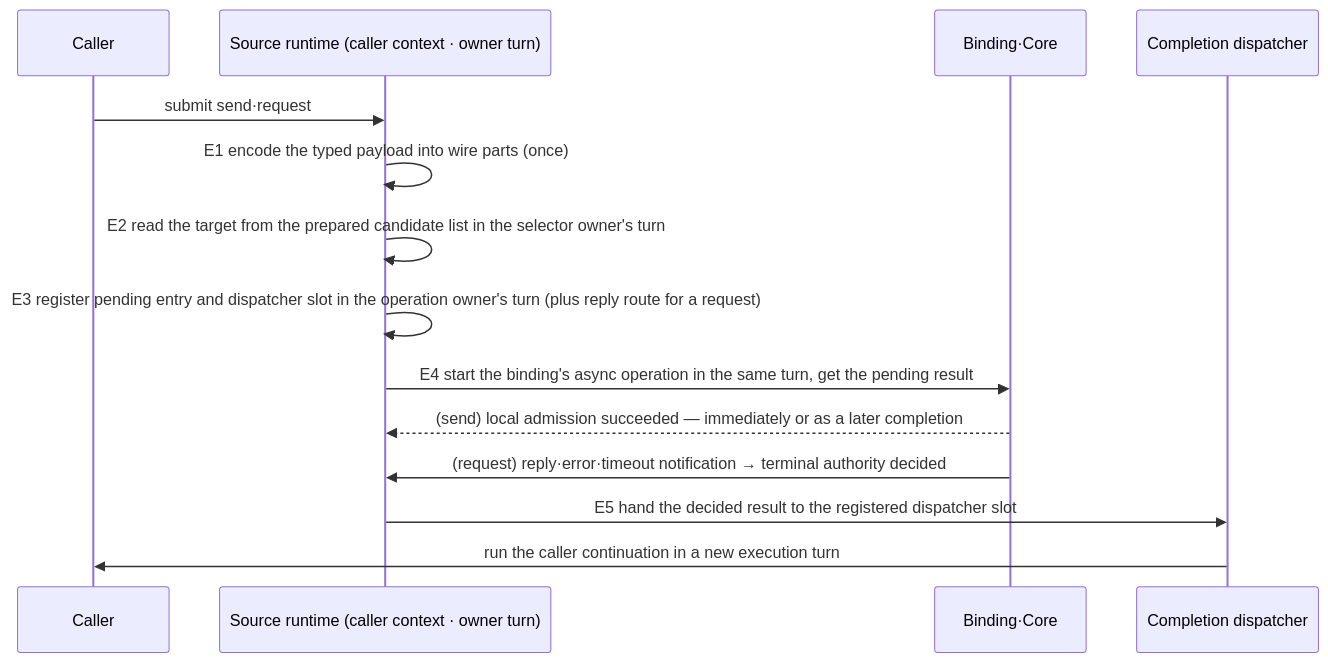
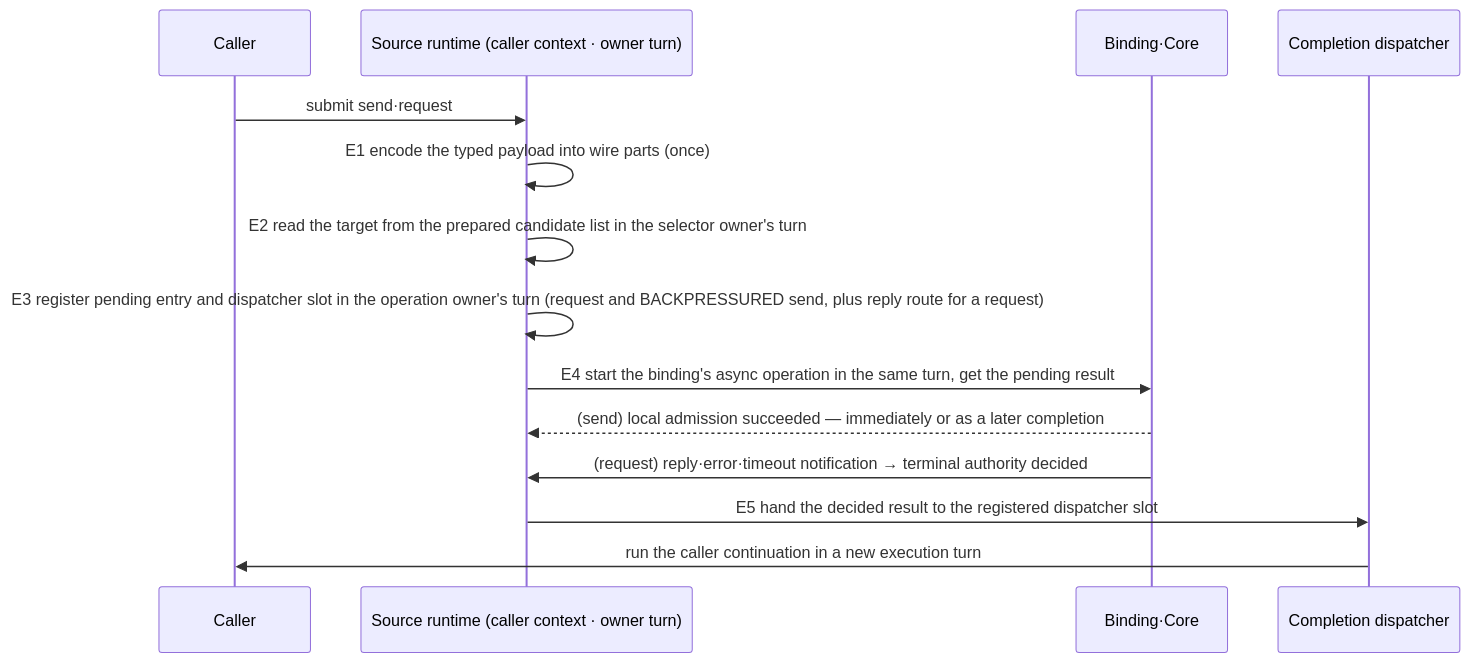
One commit to zlink-systems/zlink changed the first of 2 diagrams in framework/doc/framework/common/spec/server/01-execution/08-messaging-hot-path.en.md. Above: the diagram before and after it, drawn with Mermaid. The commit also changed other lines of this file and 1 other file, not shown here.

First line of the commit message:
spec(framework): settle immediately admitted sends without an E3 entry

````diff
--- a/framework/doc/framework/common/spec/server/01-execution/08-messaging-hot-path.en.md
+++ b/framework/doc/framework/common/spec/server/01-execution/08-messaging-hot-path.en.md
@@ -80,17 +80,17 @@
 ```mermaid
 sequenceDiagram
     participant C as Caller
     participant R as Source runtime (caller context · owner turn)
     participant B as Binding·Core
     participant D as Completion dispatcher
 
     C->>R: submit send·request
     R->>R: E1 encode the typed payload into wire parts (once)
     R->>R: E2 read the target from the prepared candidate list in the selector owner's turn
-    R->>R: E3 register pending entry and dispatcher slot in the operation owner's turn (plus reply route for a request)
+    R->>R: E3 register pending entry and dispatcher slot in the operation owner's turn (request and BACKPRESSURED send, plus reply route for a request)
     R->>B: E4 start the binding's async operation in the same turn, get the pending result
     B-->>R: (send) local admission succeeded — immediately or as a later completion
     B->>R: (request) reply·error·timeout notification → terminal authority decided
     R->>D: E5 hand the decided result to the registered dispatcher slot
     D->>C: run the caller continuation in a new execution turn
 ```
````
